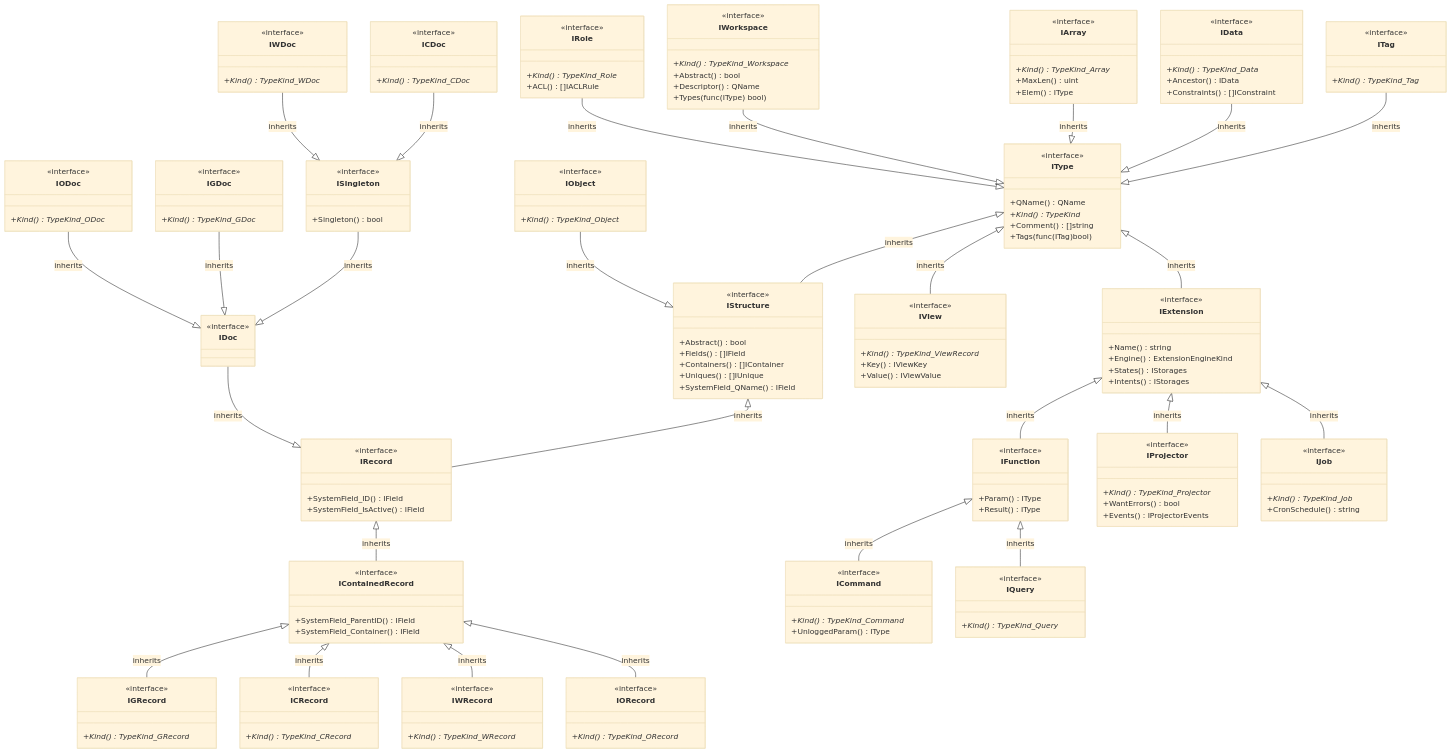
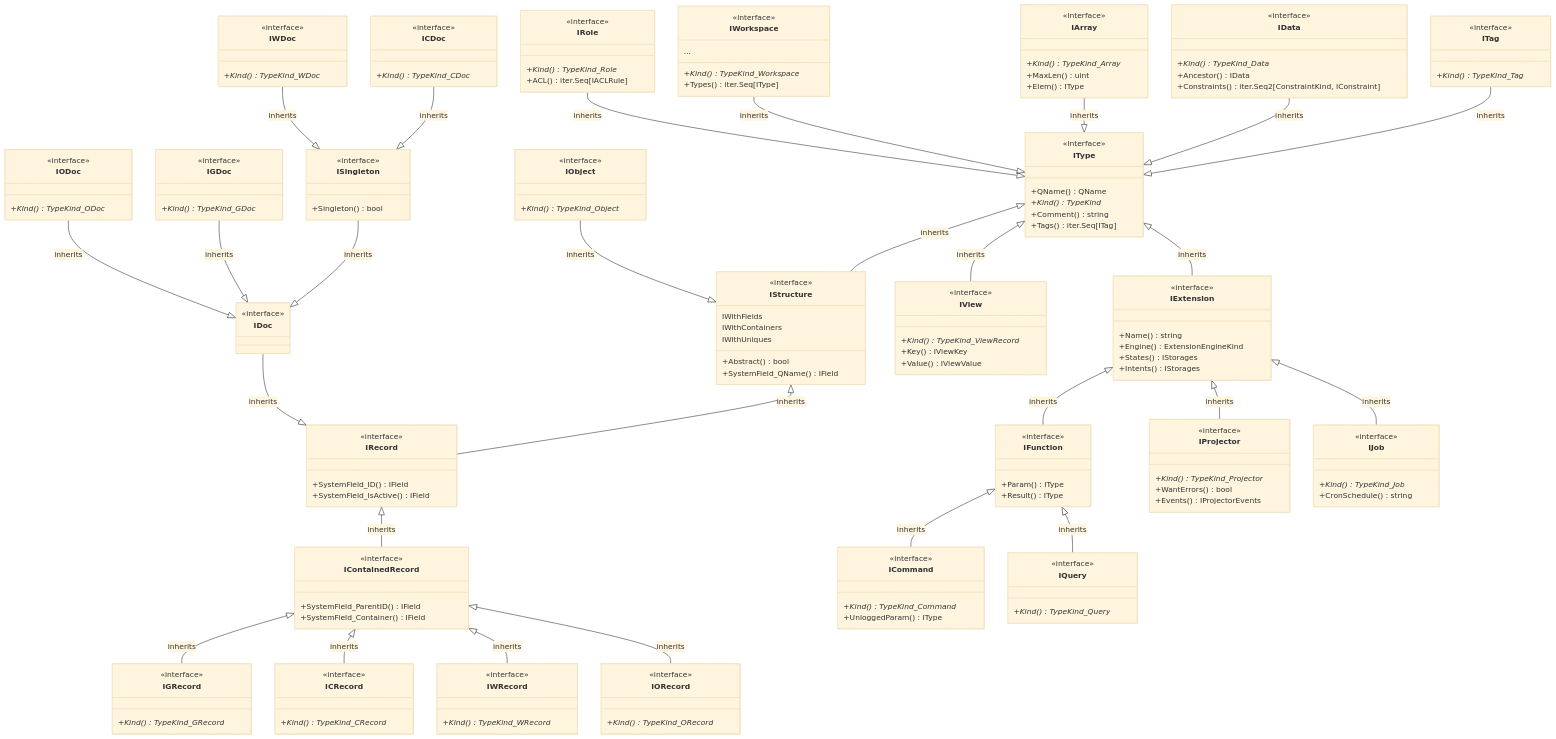
One commit to voedger/voedger changed the first of 9 diagrams in pkg/appdef/README.md. Above: the diagram before and after it, drawn with Mermaid (base theme). The commit also changed other lines of this file, not shown here.

````diff
--- a/pkg/appdef/README.md
+++ b/pkg/appdef/README.md
@@ -12,8 +12,8 @@
         <<interface>>
         +QName() QName
         +Kind()* TypeKind
-        +Comment() []string
-        +Tags(func(ITag)bool)
+        +Comment() string
+        +Tags() iter.Seq[ITag]
     }
 
     ITag --|> IType : inherits
@@ -27,7 +27,7 @@
         <<interface>>
         +Kind()* TypeKind_Data
         +Ancestor() IData
-        +Constraints() []IConstraint
+        +Constraints() iter.Seq2[ConstraintKind, IConstraint]
     }
 
     IArray --|> IType : inherits
@@ -41,10 +41,10 @@
     IType <|-- IStructure : inherits
     class IStructure {
         <<interface>>
+        IWithFields
+        IWithContainers
+        IWithUniques
         +Abstract() bool
-        +Fields() []IField
-        +Containers() []IContainer
-        +Uniques() []IUnique
         +SystemField_QName() IField
     }
 
@@ -183,15 +183,14 @@
     class IWorkspace {
         <<interface>>
         +Kind()* TypeKind_Workspace
-        +Abstract() bool
-        +Descriptor() QName
-        +Types(func(IType) bool)
+        +Types()iter.Seq[IType]
+        ...
     }
 
     IRole --|> IType : inherits
     class IRole {
         <<interface>>
         +Kind()* TypeKind_Role
-        +ACL() []IACLRule
+        +ACL() iter.Seq[IACLRule]
     }
 ```
````
